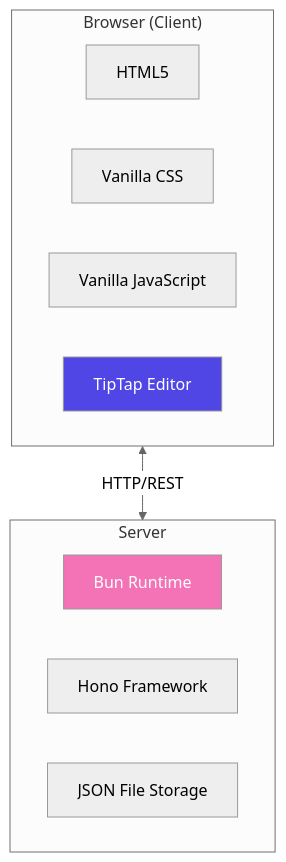
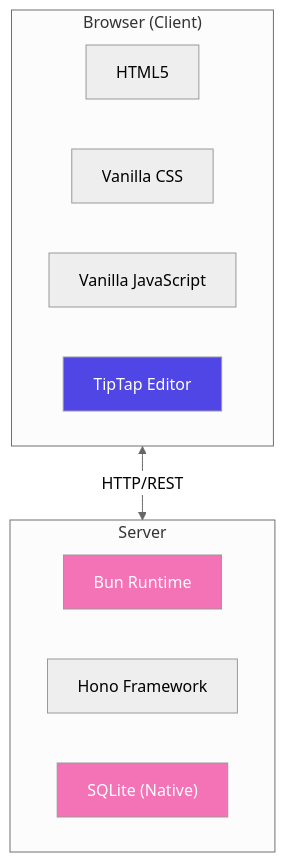
One commit to steeltroops-ai/smart-office changed the second of 5 diagrams in docs/02-poc-software-design.md. Above: the diagram before and after it, drawn with Mermaid (neutral theme). The commit also changed other lines of this file and 8 other files, not shown here.

Commit message:
feat: Upgrade to Enterprise V1 Architecture (SQLite, Locking, Auth)

````diff
--- a/docs/02-poc-software-design.md
+++ b/docs/02-poc-software-design.md
@@ -58,20 +58,21 @@
 ```mermaid
 flowchart TB
     subgraph FRONTEND["Browser (Client)"]
         HTML["HTML5"]
         CSS["Vanilla CSS"]
         JS["Vanilla JavaScript"]
         TIPTAP["TipTap Editor"]
     end
     
     subgraph BACKEND["Server"]
         BUN["Bun Runtime"]
         HONO["Hono Framework"]
-        FS["JSON File Storage"]
+        DB["SQLite (Native)"]
     end
     
     FRONTEND <-->|"HTTP/REST"| BACKEND
     
     style BUN fill:#f472b6,color:#fff
+    style DB fill:#f472b6,color:#fff
     style TIPTAP fill:#4f46e5,color:#fff
 ```
````
